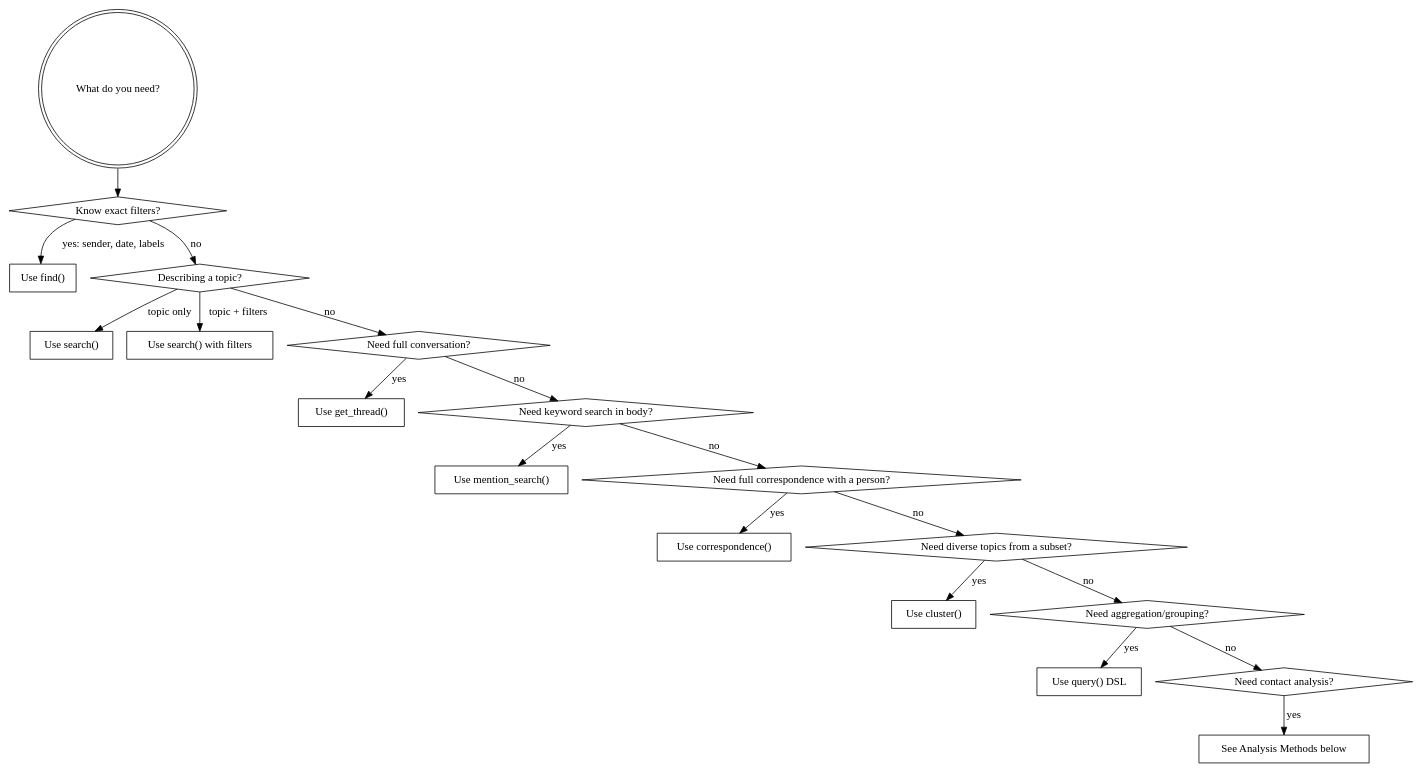
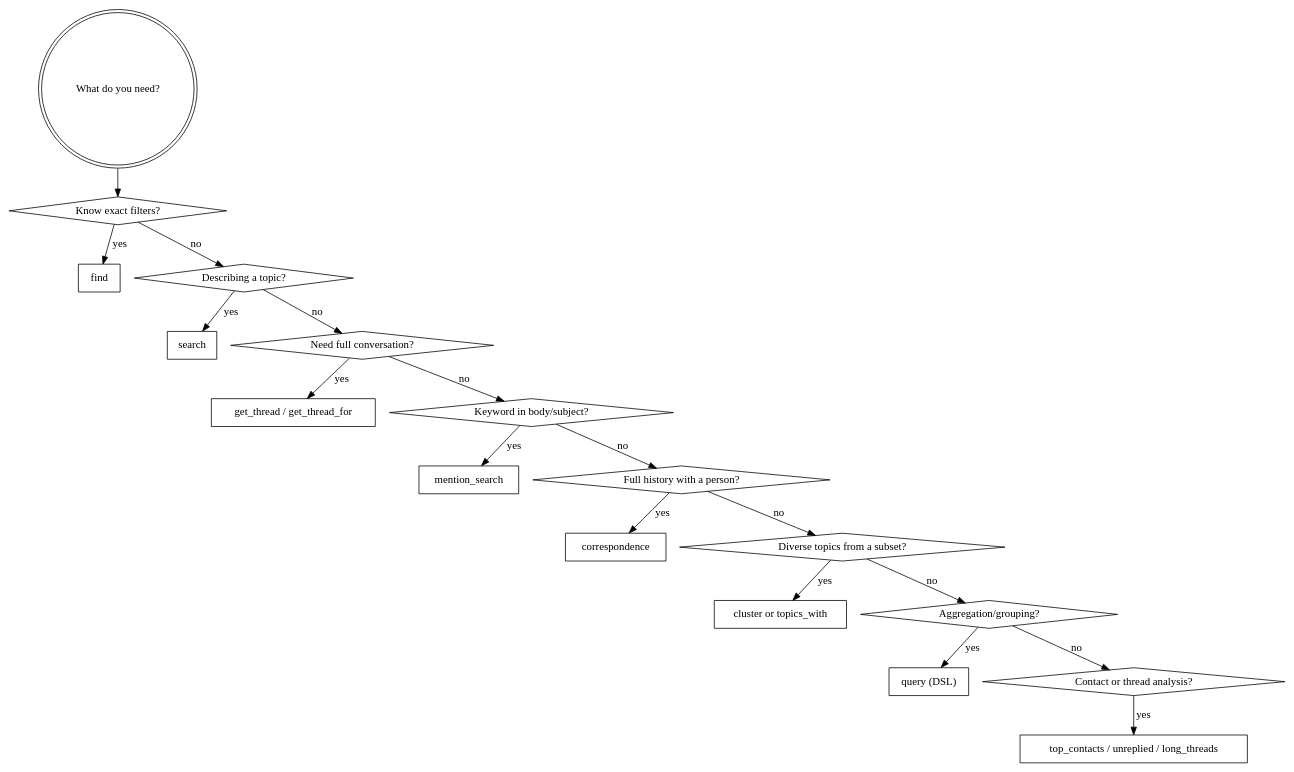
The diagram in skills/using-maildb/SKILL.md (splaice/maildb), drawn with Graphviz before and after one commit. The commit also changed other lines of this file, not shown here.

First line of the commit message:
docs: update using-maildb skill to MCP-only with fields and offset

````diff
--- a/skills/using-maildb/SKILL.md
+++ b/skills/using-maildb/SKILL.md
@@ -12,40 +12,38 @@
 ```dot
-digraph method_choice {
+digraph tool_choice {
     "What do you need?" [shape=doublecircle];
     "Know exact filters?" [shape=diamond];
-    "Use find()" [shape=box];
+    "find" [shape=box];
     "Describing a topic?" [shape=diamond];
-    "Use search()" [shape=box];
-    "Use search() with filters" [shape=box];
+    "search" [shape=box];
     "Need full conversation?" [shape=diamond];
-    "Use get_thread()" [shape=box];
-    "Need keyword search in body?" [shape=diamond];
-    "Use mention_search()" [shape=box];
-    "Need full correspondence with a person?" [shape=diamond];
-    "Use correspondence()" [shape=box];
-    "Need diverse topics from a subset?" [shape=diamond];
-    "Use cluster()" [shape=box];
-    "Need aggregation/grouping?" [shape=diamond];
-    "Use query() DSL" [shape=box];
-    "Need contact analysis?" [shape=diamond];
-    "See Analysis Methods below" [shape=box];
+    "get_thread / get_thread_for" [shape=box];
+    "Keyword in body/subject?" [shape=diamond];
+    "mention_search" [shape=box];
+    "Full history with a person?" [shape=diamond];
+    "correspondence" [shape=box];
+    "Diverse topics from a subset?" [shape=diamond];
+    "cluster or topics_with" [shape=box];
+    "Aggregation/grouping?" [shape=diamond];
+    "query (DSL)" [shape=box];
+    "Contact or thread analysis?" [shape=diamond];
+    "top_contacts / unreplied / long_threads" [shape=box];
 
     "What do you need?" -> "Know exact filters?";
-    "Know exact filters?" -> "Use find()" [label="yes: sender, date, labels"];
+    "Know exact filters?" -> "find" [label="yes"];
     "Know exact filters?" -> "Describing a topic?" [label="no"];
-    "Describing a topic?" -> "Use search()" [label="topic only"];
-    "Describing a topic?" -> "Use search() with filters" [label="topic + filters"];
+    "Describing a topic?" -> "search" [label="yes"];
     "Describing a topic?" -> "Need full conversation?" [label="no"];
-    "Need full conversation?" -> "Use get_thread()" [label="yes"];
-    "Need full conversation?" -> "Need keyword search in body?" [label="no"];
-    "Need keyword search in body?" -> "Use mention_search()" [label="yes"];
-    "Need keyword search in body?" -> "Need full correspondence with a person?" [label="no"];
-    "Need full correspondence with a person?" -> "Use correspondence()" [label="yes"];
-    "Need full correspondence with a person?" -> "Need diverse topics from a subset?" [label="no"];
-    "Need diverse topics from a subset?" -> "Use cluster()" [label="yes"];
-    "Need diverse topics from a subset?" -> "Need aggregation/grouping?" [label="no"];
-    "Need aggregation/grouping?" -> "Use query() DSL" [label="yes"];
-    "Need aggregation/grouping?" -> "Need contact analysis?" [label="no"];
-    "Need contact analysis?" -> "See Analysis Methods below" [label="yes"];
+    "Need full conversation?" -> "get_thread / get_thread_for" [label="yes"];
+    "Need full conversation?" -> "Keyword in body/subject?" [label="no"];
+    "Keyword in body/subject?" -> "mention_search" [label="yes"];
+    "Keyword in body/subject?" -> "Full history with a person?" [label="no"];
+    "Full history with a person?" -> "correspondence" [label="yes"];
+    "Full history with a person?" -> "Diverse topics from a subset?" [label="no"];
+    "Diverse topics from a subset?" -> "cluster or topics_with" [label="yes"];
+    "Diverse topics from a subset?" -> "Aggregation/grouping?" [label="no"];
+    "Aggregation/grouping?" -> "query (DSL)" [label="yes"];
+    "Aggregation/grouping?" -> "Contact or thread analysis?" [label="no"];
+    "Contact or thread analysis?" -> "top_contacts / unreplied / long_threads" [label="yes"];
 }
 ```
````
